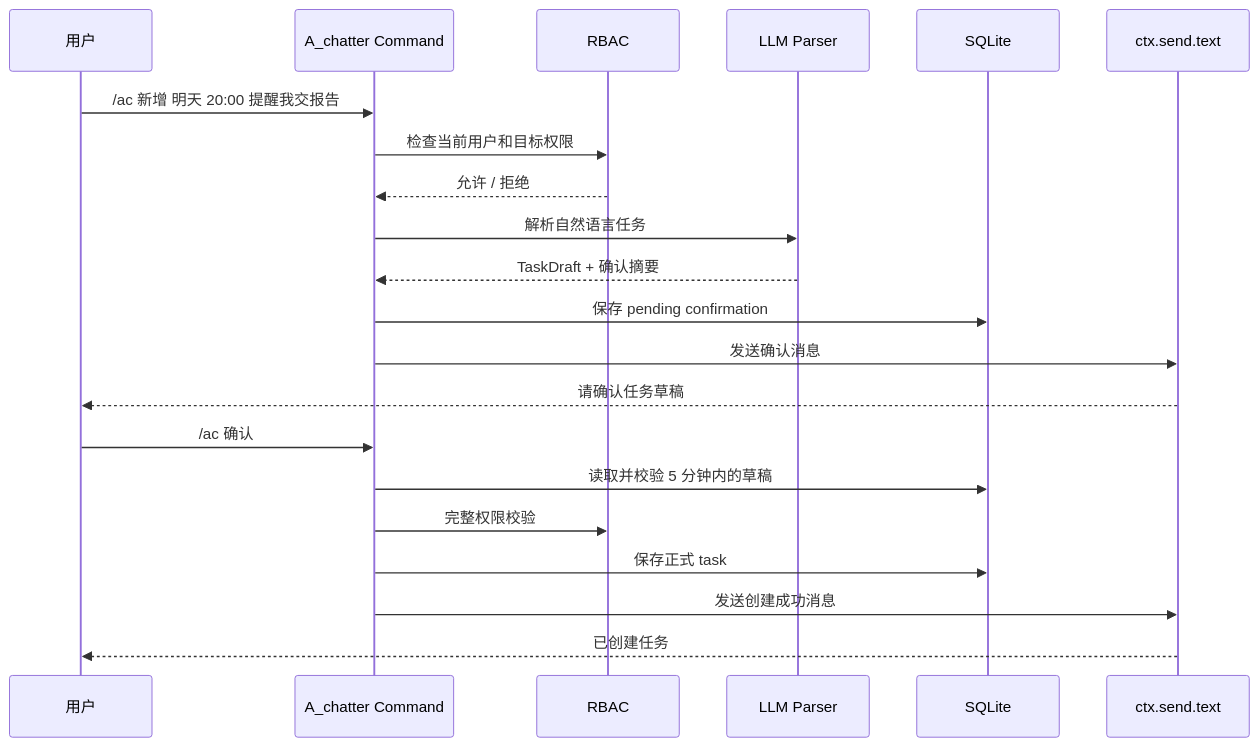
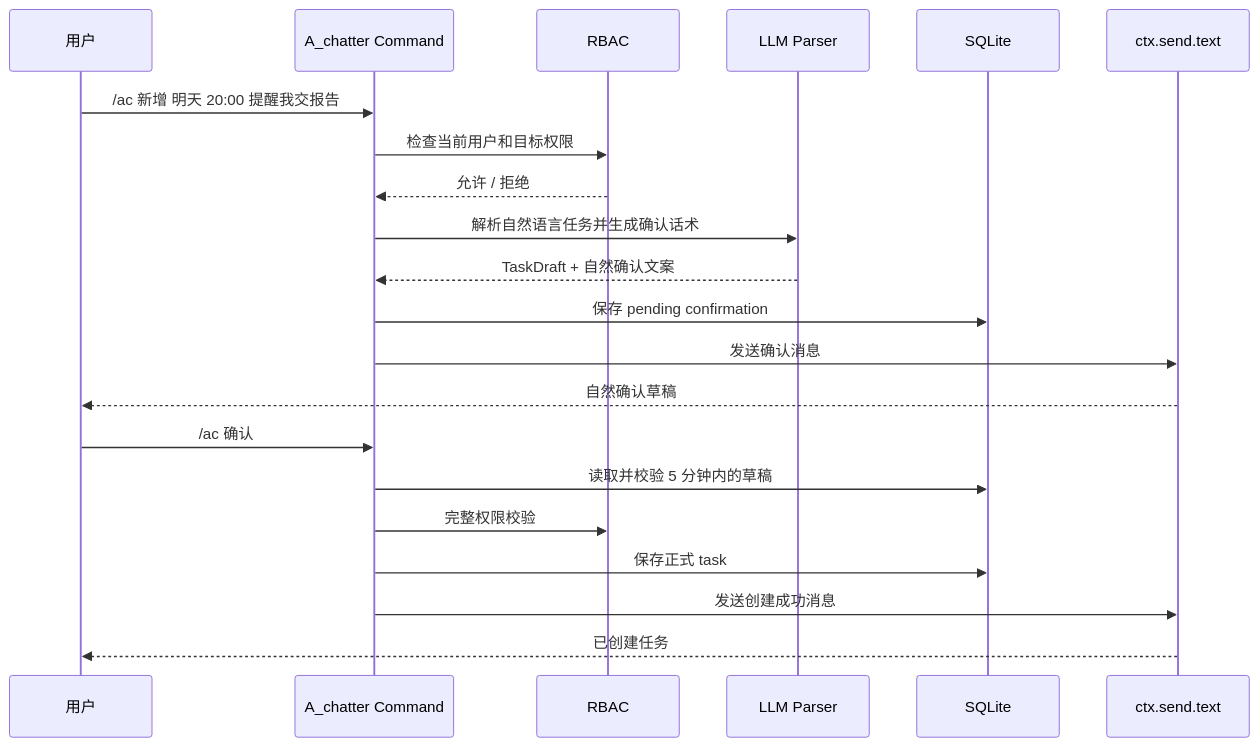
Before and after one commit to A-Dawn/A_chatter: the second of 6 diagrams in docs/technical/MESSAGE_FLOW.md, drawn with Mermaid. The commit also changed other lines of this file and 16 other files, not shown here.

````diff
--- a/docs/technical/MESSAGE_FLOW.md
+++ b/docs/technical/MESSAGE_FLOW.md
@@ -43,25 +43,25 @@
 ```mermaid
 sequenceDiagram
     participant U as 用户
     participant C as A_chatter Command
     participant R as RBAC
     participant L as LLM Parser
     participant S as SQLite
     participant Send as ctx.send.text
 
     U->>C: /ac 新增 明天 20:00 提醒我交报告
     C->>R: 检查当前用户和目标权限
     R-->>C: 允许 / 拒绝
-    C->>L: 解析自然语言任务
-    L-->>C: TaskDraft + 确认摘要
+    C->>L: 解析自然语言任务并生成确认话术
+    L-->>C: TaskDraft + 自然确认文案
     C->>S: 保存 pending confirmation
     C->>Send: 发送确认消息
-    Send-->>U: 请确认任务草稿
+    Send-->>U: 自然确认草稿
 
     U->>C: /ac 确认
     C->>S: 读取并校验 5 分钟内的草稿
     C->>R: 完整权限校验
     C->>S: 保存正式 task
     C->>Send: 发送创建成功消息
     Send-->>U: 已创建任务
 ```
````
